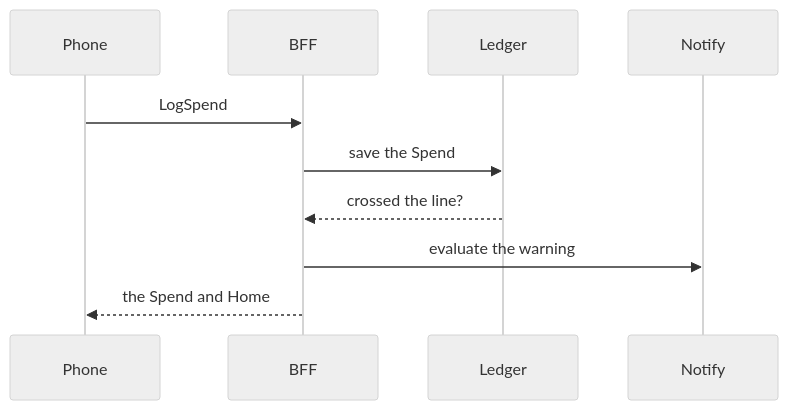
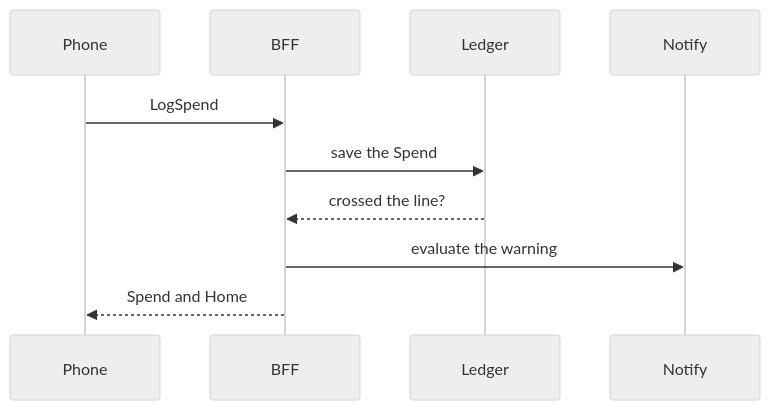
The second of 2 diagrams in apps/backend/cmd/bff/README.md (ravialdyh/my-money-recap-monorepo), drawn with Mermaid (neutral theme) before and after one commit. The commit also changed other lines of this file and 28 other files, not shown here.

````diff
--- a/apps/backend/cmd/bff/README.md
+++ b/apps/backend/cmd/bff/README.md
@@ -29,12 +29,12 @@
 ```mermaid
 sequenceDiagram
     participant Phone
     participant BFF
     participant Ledger
     participant Notify
     Phone->>BFF: LogSpend
     BFF->>Ledger: save the Spend
     Ledger-->>BFF: crossed the line?
     BFF->>Notify: evaluate the warning
-    BFF-->>Phone: the Spend and Home
+    BFF-->>Phone: Spend and Home
 ```
````
